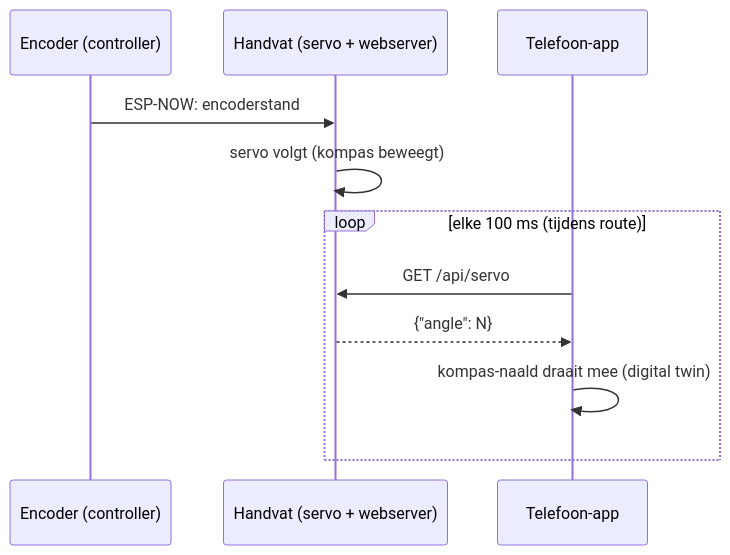
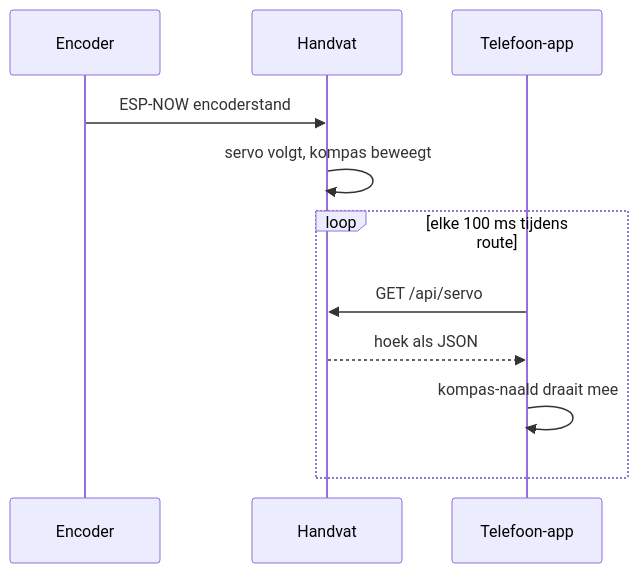
Before and after one commit to spiryns/UCD: the fourth of 5 diagrams in docs/software.md, drawn with Mermaid. The commit also changed other lines of this file and 1 other file, not shown here.

First line of the commit message:
docs: mermaid-diagrammen render-veilig maken + app-README visueel

````diff
--- a/docs/software.md
+++ b/docs/software.md
@@ -145,13 +145,13 @@
 ```mermaid
 sequenceDiagram
-    participant E as Encoder (controller)
-    participant H as Handvat (servo + webserver)
+    participant E as Encoder
+    participant H as Handvat
     participant A as Telefoon-app
-    E->>H: ESP-NOW: encoderstand
-    H->>H: servo volgt (kompas beweegt)
-    loop elke 100 ms (tijdens route)
+    E->>H: ESP-NOW encoderstand
+    H->>H: servo volgt, kompas beweegt
+    loop elke 100 ms tijdens route
         A->>H: GET /api/servo
-        H-->>A: {"angle": N}
-        A->>A: kompas-naald draait mee (digital twin)
+        H-->>A: hoek als JSON
+        A->>A: kompas-naald draait mee
     end
 ```
````
